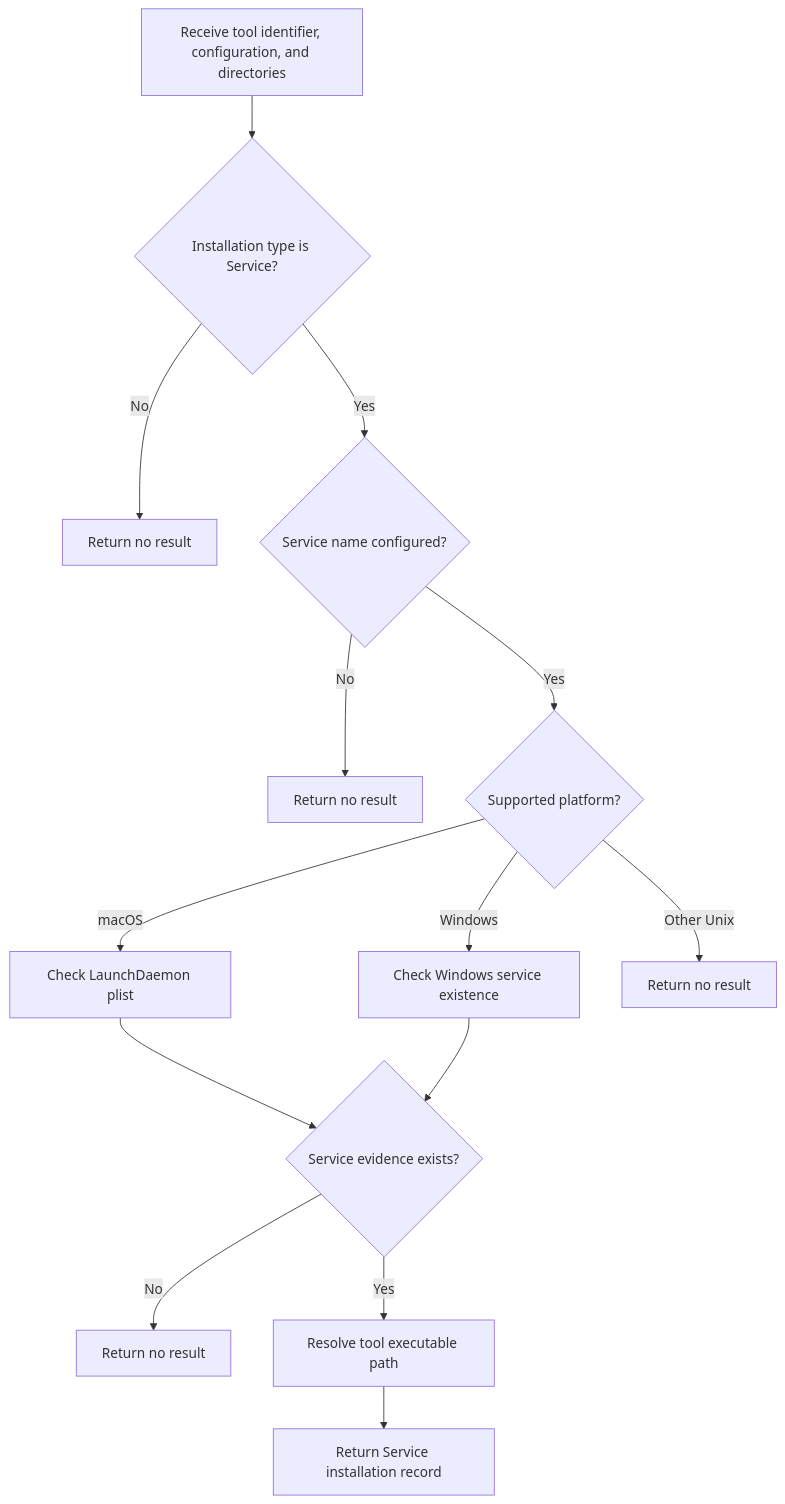
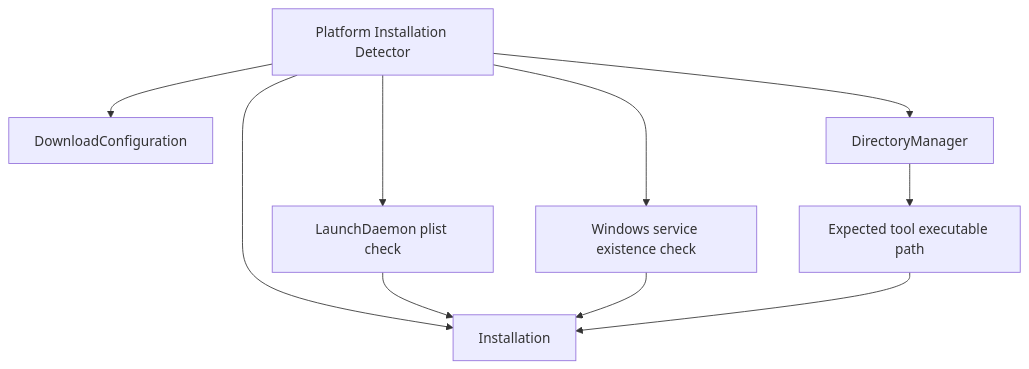
The second of 3 diagrams in docs/reference/architecture/openframe-client-core/platform-installation-detector/platform-installation-detector.md (flamingo-stack/openframe-oss-tenant), drawn with Mermaid before and after one commit. The commit also changed other lines of this file and 2377 other files, not shown here.

````diff
--- a/docs/reference/architecture/openframe-client-core/platform-installation-detector/platform-installation-detector.md
+++ b/docs/reference/architecture/openframe-client-core/platform-installation-detector/platform-installation-detector.md
@@ -68,16 +57,12 @@
 ```mermaid
 flowchart TD
-    Start["Receive tool identifier, configuration, and directories"] --> TypeCheck{"Installation type is Service?"}
-    TypeCheck -->|"No"| NoSupport["Return no result"]
-    TypeCheck -->|"Yes"| NameCheck{"Service name configured?"}
-    NameCheck -->|"No"| NoName["Return no result"]
-    NameCheck -->|"Yes"| PlatformCheck{"Supported platform?"}
-    PlatformCheck -->|"macOS"| MacProbe["Check LaunchDaemon plist"]
-    PlatformCheck -->|"Windows"| WindowsProbe["Check Windows service existence"]
-    PlatformCheck -->|"Other Unix"| Unsupported["Return no result"]
-    MacProbe --> ExistsCheck{"Service evidence exists?"}
-    WindowsProbe --> ExistsCheck
-    ExistsCheck -->|"No"| Missing["Return no result"]
-    ExistsCheck -->|"Yes"| ResolvePath["Resolve tool executable path"]
-    ResolvePath --> ServiceRecord["Return Service installation record"]
+    Detector["Platform Installation Detector"] --> ConfigModel["DownloadConfiguration"]
+    Detector --> InstallModel["Installation"]
+    Detector --> DirectoryApi["DirectoryManager"]
+    Detector --> MacRegistration["LaunchDaemon plist check"]
+    Detector --> WindowsService["Windows service existence check"]
+    DirectoryApi --> ExecutablePath["Expected tool executable path"]
+    MacRegistration --> InstallModel
+    WindowsService --> InstallModel
+    ExecutablePath --> InstallModel
 ```
````
